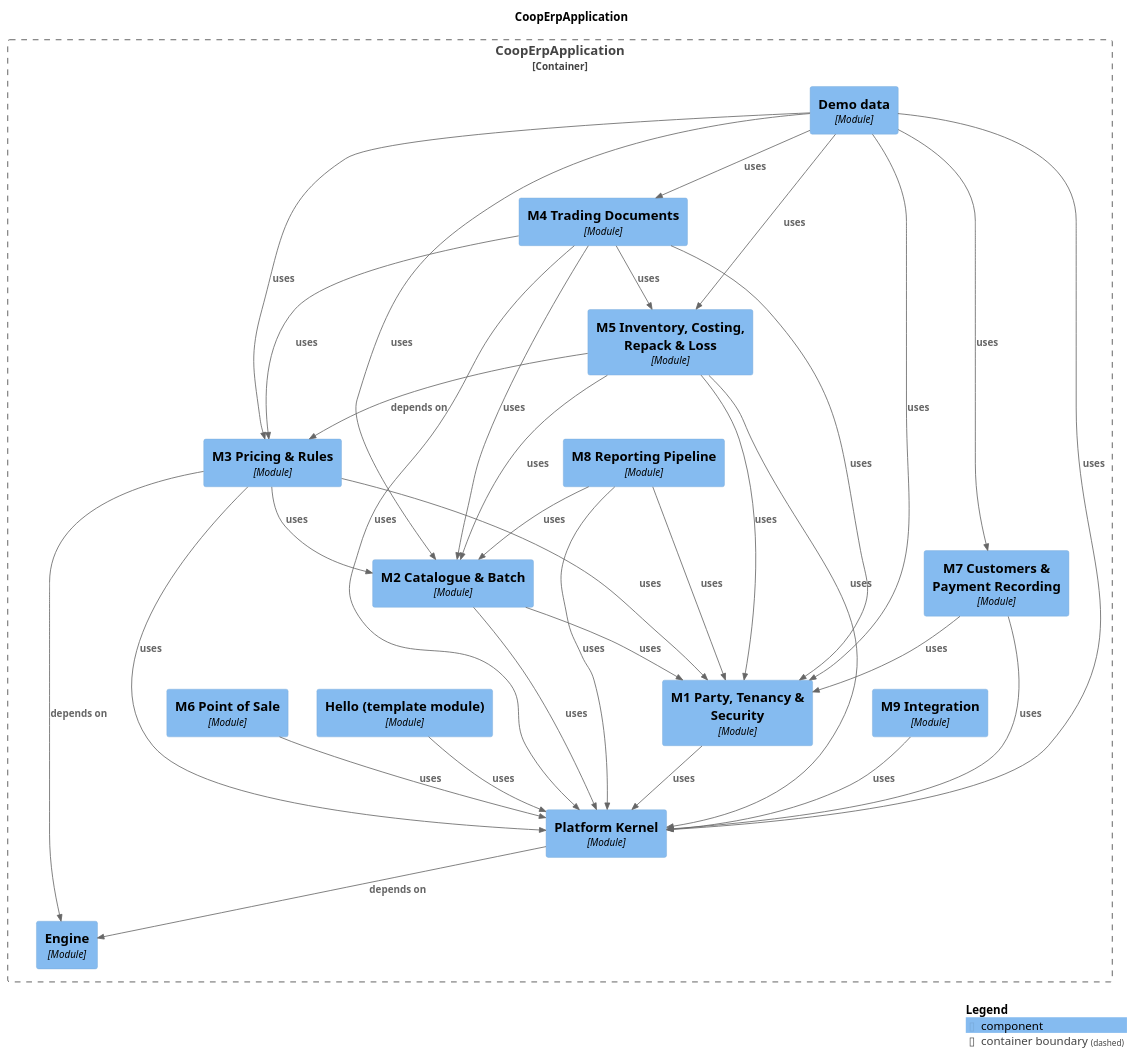
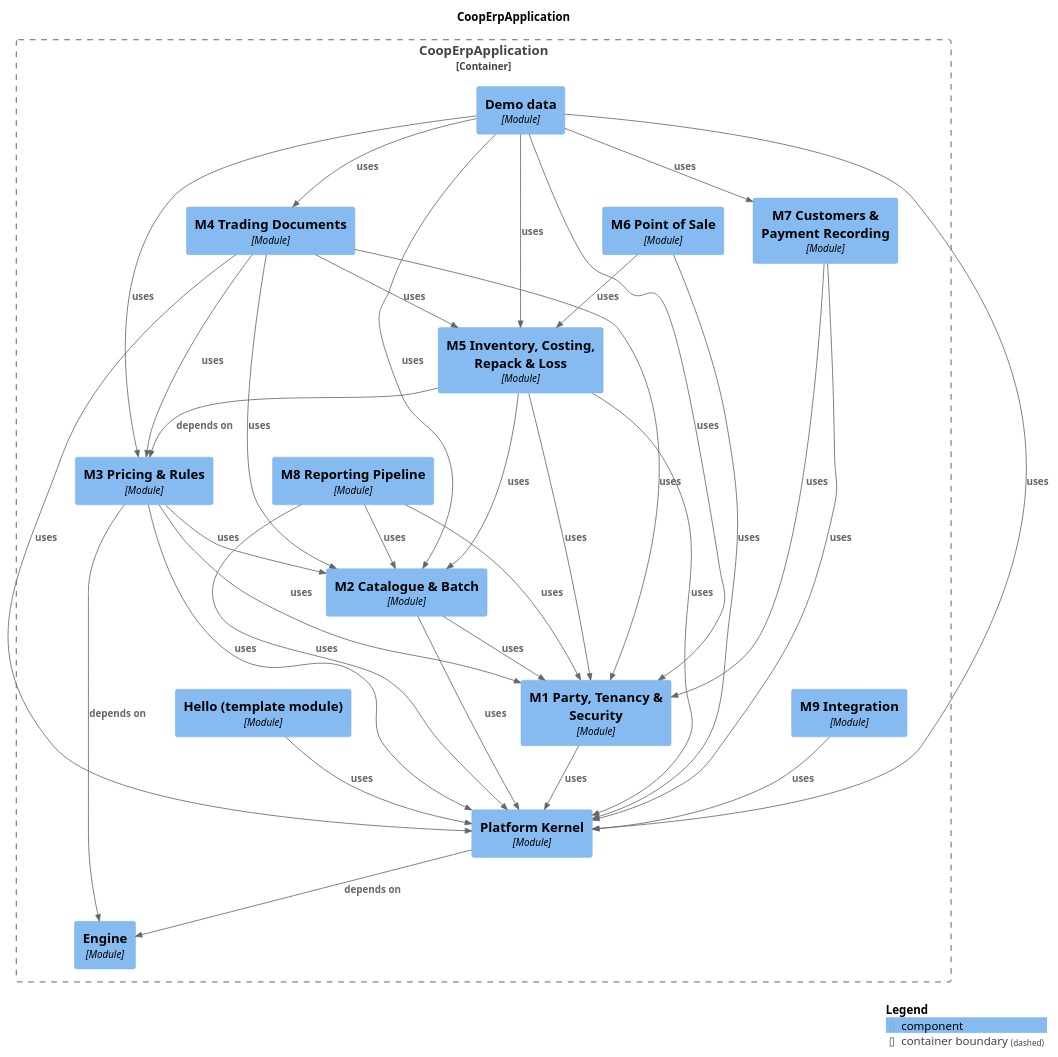
Before and after one commit to Knoweb/COOP_ERP: the diagram in docs/modules/components.puml, drawn with PlantUML. The commit also changed 49 other files, not shown here.

```diff
--- a/docs/modules/components.puml
+++ b/docs/modules/components.puml
@@ -1,61 +1,62 @@
 @startuml
 set separator none
 title CoopErpApplication
 
 top to bottom direction
 
 !include <C4/C4>
 !include <C4/C4_Context>
 !include <C4/C4_Component>
 
 Container_Boundary("CoopErpApplication.CoopErpApplication_boundary", "CoopErpApplication", $tags="") {
-  Component(CoopErpApplication.CoopErpApplication.M2CatalogueBatch, "M2 Catalogue & Batch", $techn="Module", $descr="", $tags="", $link="")
   Component(CoopErpApplication.CoopErpApplication.M7CustomersPaymentRecording, "M7 Customers & Payment Recording", $techn="Module", $descr="", $tags="", $link="")
   Component(CoopErpApplication.CoopErpApplication.M3PricingRules, "M3 Pricing & Rules", $techn="Module", $descr="", $tags="", $link="")
   Component(CoopErpApplication.CoopErpApplication.M8ReportingPipeline, "M8 Reporting Pipeline", $techn="Module", $descr="", $tags="", $link="")
   Component(CoopErpApplication.CoopErpApplication.M5InventoryCostingRepackLoss, "M5 Inventory, Costing, Repack & Loss", $techn="Module", $descr="", $tags="", $link="")
   Component(CoopErpApplication.CoopErpApplication.M4TradingDocuments, "M4 Trading Documents", $techn="Module", $descr="", $tags="", $link="")
+  Component(CoopErpApplication.CoopErpApplication.M6PointofSale, "M6 Point of Sale", $techn="Module", $descr="", $tags="", $link="")
   Component(CoopErpApplication.CoopErpApplication.Demodata, "Demo data", $techn="Module", $descr="", $tags="", $link="")
   Component(CoopErpApplication.CoopErpApplication.Engine, "Engine", $techn="Module", $descr="", $tags="", $link="")
   Component(CoopErpApplication.CoopErpApplication.PlatformKernel, "Platform Kernel", $techn="Module", $descr="", $tags="", $link="")
   Component(CoopErpApplication.CoopErpApplication.Hellotemplatemodule, "Hello (template module)", $techn="Module", $descr="", $tags="", $link="")
   Component(CoopErpApplication.CoopErpApplication.M1PartyTenancySecurity, "M1 Party, Tenancy & Security", $techn="Module", $descr="", $tags="", $link="")
-  Component(CoopErpApplication.CoopErpApplication.M6PointofSale, "M6 Point of Sale", $techn="Module", $descr="", $tags="", $link="")
   Component(CoopErpApplication.CoopErpApplication.M9Integration, "M9 Integration", $techn="Module", $descr="", $tags="", $link="")
+  Component(CoopErpApplication.CoopErpApplication.M2CatalogueBatch, "M2 Catalogue & Batch", $techn="Module", $descr="", $tags="", $link="")
 }
 
 Rel(CoopErpApplication.CoopErpApplication.Demodata, CoopErpApplication.CoopErpApplication.M1PartyTenancySecurity, "uses", $techn="", $tags="", $link="")
 Rel(CoopErpApplication.CoopErpApplication.Demodata, CoopErpApplication.CoopErpApplication.M2CatalogueBatch, "uses", $techn="", $tags="", $link="")
 Rel(CoopErpApplication.CoopErpApplication.Demodata, CoopErpApplication.CoopErpApplication.M3PricingRules, "uses", $techn="", $tags="", $link="")
 Rel(CoopErpApplication.CoopErpApplication.Demodata, CoopErpApplication.CoopErpApplication.M4TradingDocuments, "uses", $techn="", $tags="", $link="")
 Rel(CoopErpApplication.CoopErpApplication.Demodata, CoopErpApplication.CoopErpApplication.M5InventoryCostingRepackLoss, "uses", $techn="", $tags="", $link="")
 Rel(CoopErpApplication.CoopErpApplication.Demodata, CoopErpApplication.CoopErpApplication.M7CustomersPaymentRecording, "uses", $techn="", $tags="", $link="")
 Rel(CoopErpApplication.CoopErpApplication.Demodata, CoopErpApplication.CoopErpApplication.PlatformKernel, "uses", $techn="", $tags="", $link="")
 Rel(CoopErpApplication.CoopErpApplication.Hellotemplatemodule, CoopErpApplication.CoopErpApplication.PlatformKernel, "uses", $techn="", $tags="", $link="")
 Rel(CoopErpApplication.CoopErpApplication.M1PartyTenancySecurity, CoopErpApplication.CoopErpApplication.PlatformKernel, "uses", $techn="", $tags="", $link="")
 Rel(CoopErpApplication.CoopErpApplication.M2CatalogueBatch, CoopErpApplication.CoopErpApplication.M1PartyTenancySecurity, "uses", $techn="", $tags="", $link="")
 Rel(CoopErpApplication.CoopErpApplication.M2CatalogueBatch, CoopErpApplication.CoopErpApplication.PlatformKernel, "uses", $techn="", $tags="", $link="")
 Rel(CoopErpApplication.CoopErpApplication.M3PricingRules, CoopErpApplication.CoopErpApplication.Engine, "depends on", $techn="", $tags="", $link="")
 Rel(CoopErpApplication.CoopErpApplication.M3PricingRules, CoopErpApplication.CoopErpApplication.M1PartyTenancySecurity, "uses", $techn="", $tags="", $link="")
 Rel(CoopErpApplication.CoopErpApplication.M3PricingRules, CoopErpApplication.CoopErpApplication.M2CatalogueBatch, "uses", $techn="", $tags="", $link="")
 Rel(CoopErpApplication.CoopErpApplication.M3PricingRules, CoopErpApplication.CoopErpApplication.PlatformKernel, "uses", $techn="", $tags="", $link="")
 Rel(CoopErpApplication.CoopErpApplication.M4TradingDocuments, CoopErpApplication.CoopErpApplication.M1PartyTenancySecurity, "uses", $techn="", $tags="", $link="")
 Rel(CoopErpApplication.CoopErpApplication.M4TradingDocuments, CoopErpApplication.CoopErpApplication.M2CatalogueBatch, "uses", $techn="", $tags="", $link="")
 Rel(CoopErpApplication.CoopErpApplication.M4TradingDocuments, CoopErpApplication.CoopErpApplication.M3PricingRules, "uses", $techn="", $tags="", $link="")
 Rel(CoopErpApplication.CoopErpApplication.M4TradingDocuments, CoopErpApplication.CoopErpApplication.M5InventoryCostingRepackLoss, "uses", $techn="", $tags="", $link="")
 Rel(CoopErpApplication.CoopErpApplication.M4TradingDocuments, CoopErpApplication.CoopErpApplication.PlatformKernel, "uses", $techn="", $tags="", $link="")
 Rel(CoopErpApplication.CoopErpApplication.M5InventoryCostingRepackLoss, CoopErpApplication.CoopErpApplication.M1PartyTenancySecurity, "uses", $techn="", $tags="", $link="")
 Rel(CoopErpApplication.CoopErpApplication.M5InventoryCostingRepackLoss, CoopErpApplication.CoopErpApplication.M2CatalogueBatch, "uses", $techn="", $tags="", $link="")
 Rel(CoopErpApplication.CoopErpApplication.M5InventoryCostingRepackLoss, CoopErpApplication.CoopErpApplication.M3PricingRules, "depends on", $techn="", $tags="", $link="")
 Rel(CoopErpApplication.CoopErpApplication.M5InventoryCostingRepackLoss, CoopErpApplication.CoopErpApplication.PlatformKernel, "uses", $techn="", $tags="", $link="")
+Rel(CoopErpApplication.CoopErpApplication.M6PointofSale, CoopErpApplication.CoopErpApplication.M5InventoryCostingRepackLoss, "uses", $techn="", $tags="", $link="")
 Rel(CoopErpApplication.CoopErpApplication.M6PointofSale, CoopErpApplication.CoopErpApplication.PlatformKernel, "uses", $techn="", $tags="", $link="")
 Rel(CoopErpApplication.CoopErpApplication.M7CustomersPaymentRecording, CoopErpApplication.CoopErpApplication.M1PartyTenancySecurity, "uses", $techn="", $tags="", $link="")
 Rel(CoopErpApplication.CoopErpApplication.M7CustomersPaymentRecording, CoopErpApplication.CoopErpApplication.PlatformKernel, "uses", $techn="", $tags="", $link="")
 Rel(CoopErpApplication.CoopErpApplication.M8ReportingPipeline, CoopErpApplication.CoopErpApplication.M1PartyTenancySecurity, "uses", $techn="", $tags="", $link="")
 Rel(CoopErpApplication.CoopErpApplication.M8ReportingPipeline, CoopErpApplication.CoopErpApplication.M2CatalogueBatch, "uses", $techn="", $tags="", $link="")
 Rel(CoopErpApplication.CoopErpApplication.M8ReportingPipeline, CoopErpApplication.CoopErpApplication.PlatformKernel, "uses", $techn="", $tags="", $link="")
 Rel(CoopErpApplication.CoopErpApplication.M9Integration, CoopErpApplication.CoopErpApplication.PlatformKernel, "uses", $techn="", $tags="", $link="")
 Rel(CoopErpApplication.CoopErpApplication.PlatformKernel, CoopErpApplication.CoopErpApplication.Engine, "depends on", $techn="", $tags="", $link="")
 
 SHOW_LEGEND(true)
 @enduml
```
